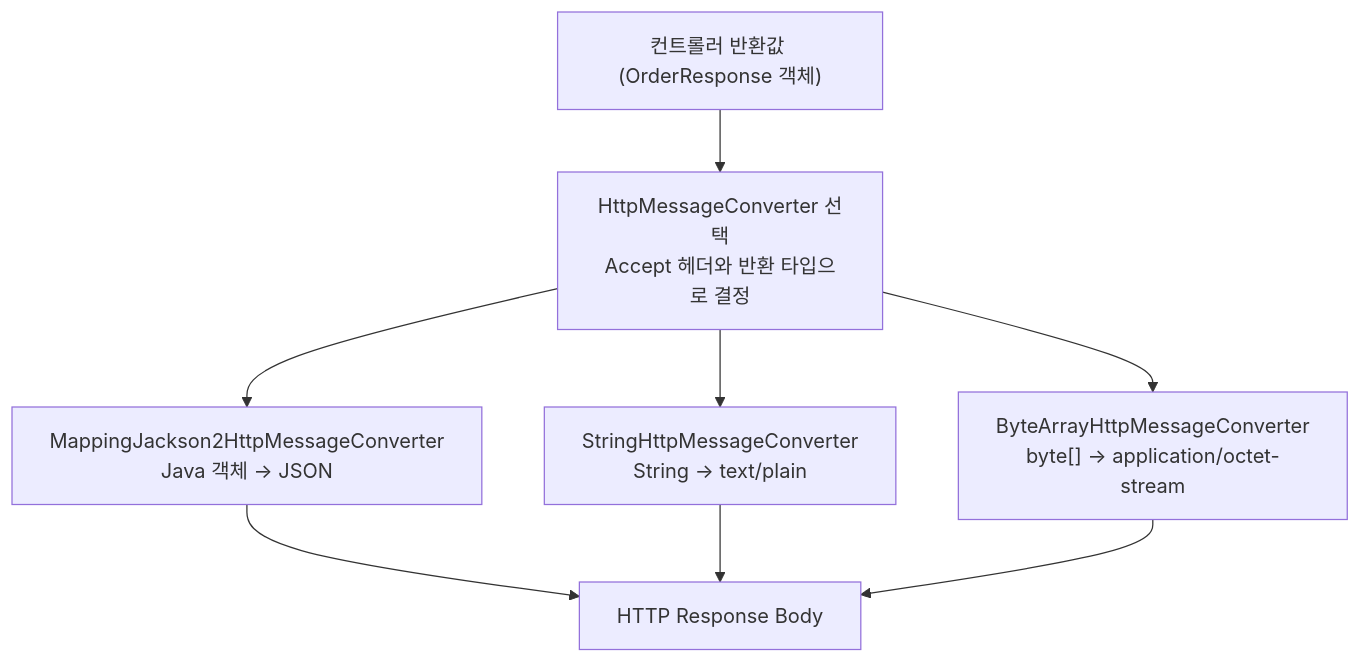
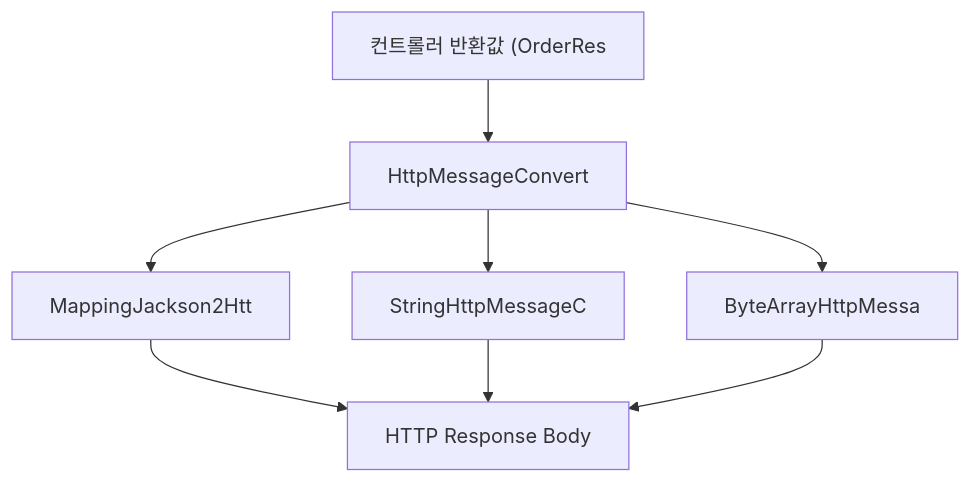
Before and after one commit to yjkim2015/yjkim2015.github.io: the fourth of 6 diagrams in _posts/spring/2026-05-01-spring-mvc.md, drawn with Mermaid. The commit also changed other lines of this file and 271 other files, not shown here.

First line of the commit message:
Mermaid 라벨 축소: 긴 노드 텍스트 18자 이하로 트림 + \n 제거

````diff
--- a/_posts/spring/2026-05-01-spring-mvc.md
+++ b/_posts/spring/2026-05-01-spring-mvc.md
@@ -111,10 +111,10 @@
 ```mermaid
 graph TD
-    A["컨트롤러 반환값 (OrderResponse 객체)"] --> B["HttpMessageConverter 선택<br>Accept 헤더와 반환 타입으로 결정"]
-    B --> C1["MappingJackson2HttpMessageConverter<br>Java 객체 → JSON"]
-    B --> C2["StringHttpMessageConverter<br>String → text/plain"]
-    B --> C3["ByteArrayHttpMessageConverter<br>byte[] → application/octet-stream"]
+    A["컨트롤러 반환값 (OrderRes"] --> B["HttpMessageConvert"]
+    B --> C1["MappingJackson2Htt"]
+    B --> C2["StringHttpMessageC"]
+    B --> C3["ByteArrayHttpMessa"]
     C1 --> D["HTTP Response Body"]
     C2 --> D
     C3 --> D
 ```
````
